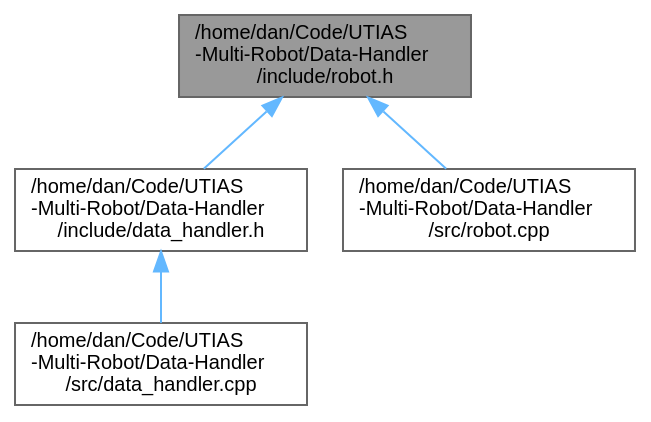
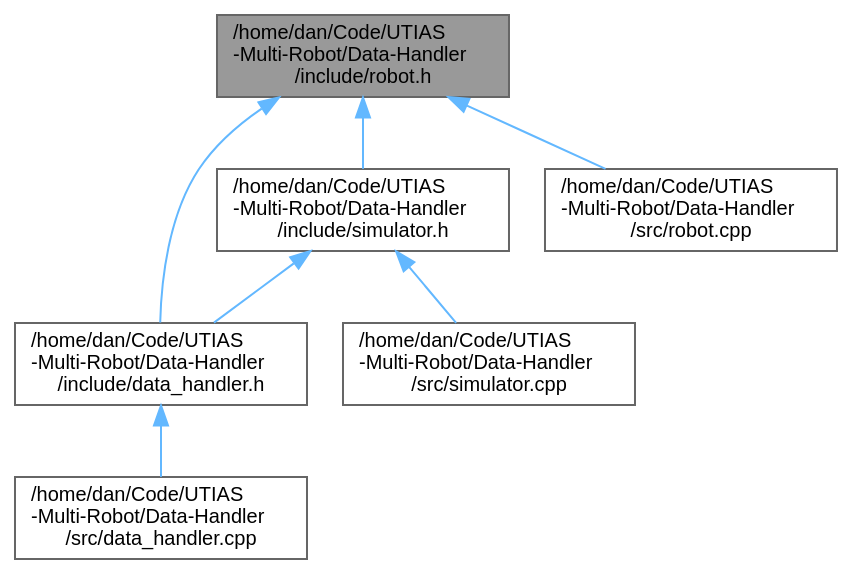
One commit to DanielIngham/Cooperative-Positioning-Data-Handler changed the diagram in docs/robot_8h__dep__incl.dot. Above: the diagram before and after it, drawn with Graphviz. The commit also changed 105 other files, not shown here.

```diff
--- a/docs/robot_8h__dep__incl.dot
+++ b/docs/robot_8h__dep__incl.dot
@@ -1,14 +1,19 @@
 digraph "/home/dan/Code/UTIAS-Multi-Robot/Data-Handler/include/robot.h"
 {
  // LATEX_PDF_SIZE
   bgcolor="transparent";
   edge [fontname=Helvetica,fontsize=10,labelfontname=Helvetica,labelfontsize=10];
   node [fontname=Helvetica,fontsize=10,shape=box,height=0.2,width=0.4];
   Node1 [id="Node000001",label="/home/dan/Code/UTIAS\l-Multi-Robot/Data-Handler\l/include/robot.h",height=0.2,width=0.4,color="gray40", fillcolor="grey60", style="filled", fontcolor="black",tooltip="Header file of the Robot class."];
   Node1 -> Node2 [id="edge1_Node000001_Node000002",dir="back",color="steelblue1",style="solid",tooltip=" "];
   Node2 [id="Node000002",label="/home/dan/Code/UTIAS\l-Multi-Robot/Data-Handler\l/include/data_handler.h",height=0.2,width=0.4,color="grey40", fillcolor="white", style="filled",URL="$data__handler_8h.html",tooltip=" "];
   Node2 -> Node3 [id="edge2_Node000002_Node000003",dir="back",color="steelblue1",style="solid",tooltip=" "];
   Node3 [id="Node000003",label="/home/dan/Code/UTIAS\l-Multi-Robot/Data-Handler\l/src/data_handler.cpp",height=0.2,width=0.4,color="grey40", fillcolor="white", style="filled",URL="$data__handler_8cpp.html",tooltip=" "];
   Node1 -> Node4 [id="edge3_Node000001_Node000004",dir="back",color="steelblue1",style="solid",tooltip=" "];
-  Node4 [id="Node000004",label="/home/dan/Code/UTIAS\l-Multi-Robot/Data-Handler\l/src/robot.cpp",height=0.2,width=0.4,color="grey40", fillcolor="white", style="filled",URL="$robot_8cpp.html",tooltip="Class implementation file responsible for the robot datastructor."];
+  Node4 [id="Node000004",label="/home/dan/Code/UTIAS\l-Multi-Robot/Data-Handler\l/include/simulator.h",height=0.2,width=0.4,color="grey40", fillcolor="white", style="filled",URL="$simulator_8h.html",tooltip="Header file of the Simulator class,."];
+  Node4 -> Node2 [id="edge4_Node000004_Node000002",dir="back",color="steelblue1",style="solid",tooltip=" "];
+  Node4 -> Node5 [id="edge5_Node000004_Node000005",dir="back",color="steelblue1",style="solid",tooltip=" "];
+  Node5 [id="Node000005",label="/home/dan/Code/UTIAS\l-Multi-Robot/Data-Handler\l/src/simulator.cpp",height=0.2,width=0.4,color="grey40", fillcolor="white", style="filled",URL="$simulator_8cpp.html",tooltip="Class implementation file responsible for simulating the data for multi-robot localisation and mappin..."];
+  Node1 -> Node6 [id="edge6_Node000001_Node000006",dir="back",color="steelblue1",style="solid",tooltip=" "];
+  Node6 [id="Node000006",label="/home/dan/Code/UTIAS\l-Multi-Robot/Data-Handler\l/src/robot.cpp",height=0.2,width=0.4,color="grey40", fillcolor="white", style="filled",URL="$robot_8cpp.html",tooltip="Class implementation file responsible for the robot datastructor."];
 }
```
